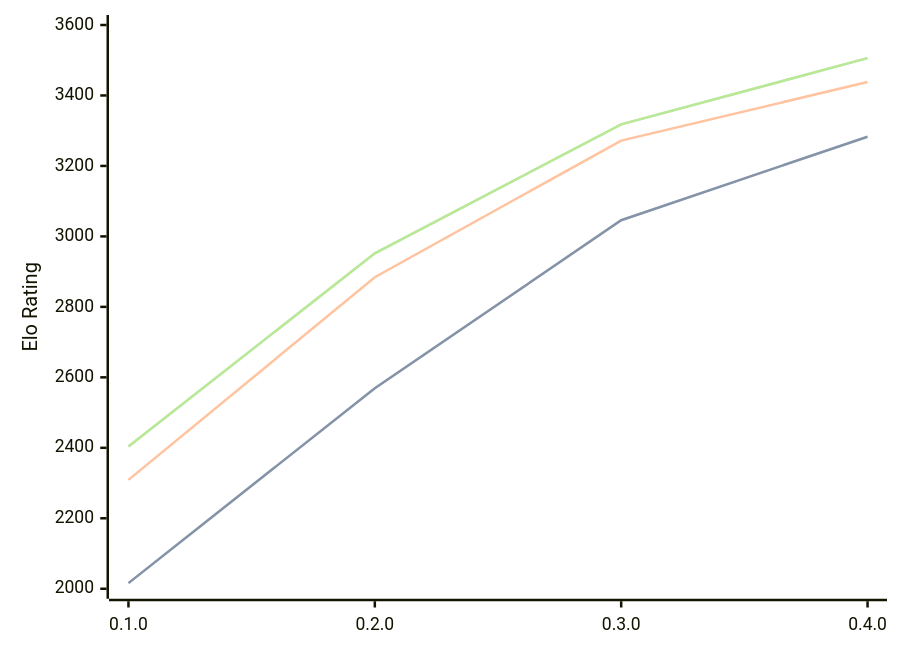
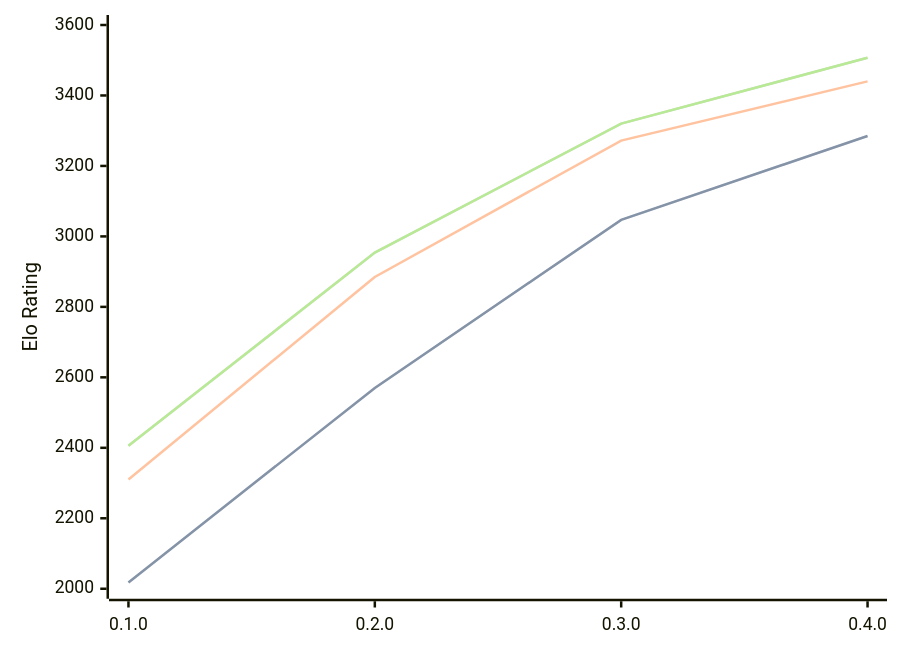
Before and after one commit to computer-chess-index/cci: the diagram in engines/Justbot.md, drawn with Mermaid. The commit also changed other lines of this file, not shown here.

Commit message:
Update CCI Ratings (ELO VLTC) - 2026-08-22

````diff
--- a/engines/Justbot.md
+++ b/engines/Justbot.md
@@ -34,11 +34,11 @@
 ```mermaid
 %%{init: {"theme":"base","themeVariables":{"seriesColors:['#a3a3a3','#222221','#faa371']}}}%%
 xychart-beta
   x-axis ["0.1.0", "0.2.0", "0.3.0", "0.4.0"]
   y-axis "Elo Rating" 2000 --> 3600
-  line "STC (8.0+0.08s)" [2016, 2569, 3046, 3283]
-  line "STC (8.0+0.08s)" [2016, 2569, 3046, 3283]
-  line "LTC (60.0+0.60s)" [2309, 2884, 3272, 3438]
-  line "VLTC (2m24s+1.12s)" [2404, 2952, 3318, 3506]
-  line "VLTC (2m24s+1.12s)" [2404, 2952, 3318, 3506]
+  line "STC (8.0+0.08s)" [2018, 2570, 3047, 3285]
+  line "STC (8.0+0.08s)" [2018, 2570, 3047, 3285]
+  line "LTC (60.0+0.60s)" [2310, 2885, 3272, 3440]
+  line "VLTC (2m24s+1.12s)" [2406, 2954, 3320, 3507]
+  line "VLTC (2m24s+1.12s)" [2406, 2954, 3320, 3507]
 ```
````
